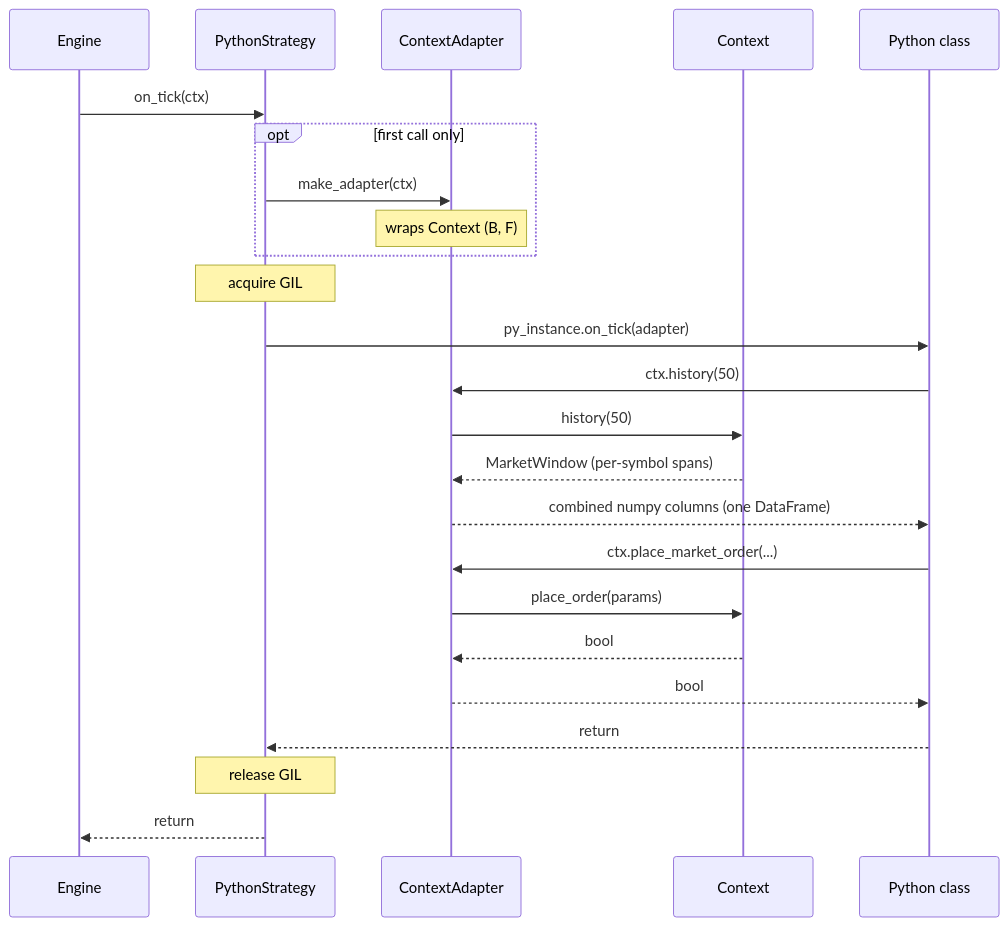
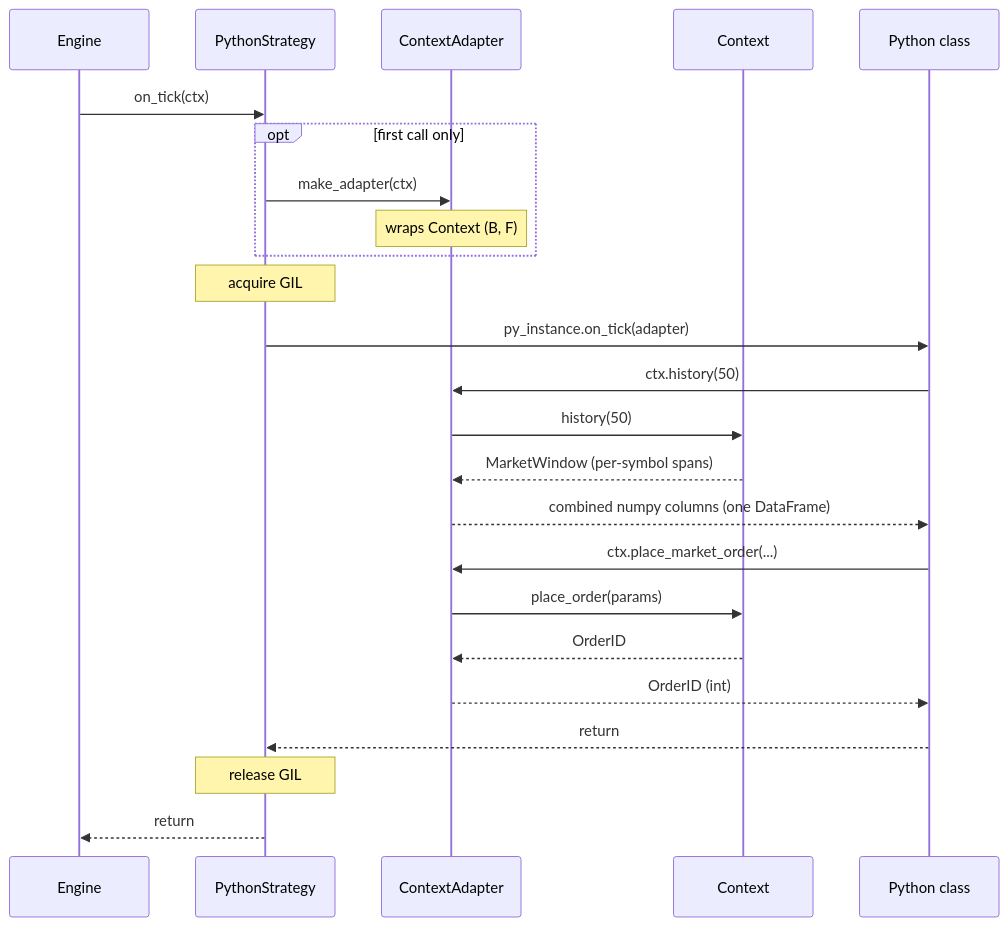
Before and after one commit to barberkman/stonks: the seventh of 7 diagrams in docs/architecture.md, drawn with Mermaid. The commit also changed other lines of this file and 7 other files, not shown here.

````diff
--- a/docs/architecture.md
+++ b/docs/architecture.md
@@ -327,27 +379,27 @@
 ```mermaid
 sequenceDiagram
     participant E as Engine
     participant PS as PythonStrategy
     participant A as ContextAdapter
     participant Ctx as Context
     participant Py as Python class
 
     E->>PS: on_tick(ctx)
     opt first call only
         PS->>A: make_adapter(ctx)
         Note over A: wraps Context (B, F)
     end
     Note over PS: acquire GIL
     PS->>Py: py_instance.on_tick(adapter)
     Py->>A: ctx.history(50)
     A->>Ctx: history(50)
     Ctx-->>A: MarketWindow (per-symbol spans)
     A-->>Py: combined numpy columns (one DataFrame)
     Py->>A: ctx.place_market_order(...)
     A->>Ctx: place_order(params)
-    Ctx-->>A: bool
-    A-->>Py: bool
+    Ctx-->>A: OrderID
+    A-->>Py: OrderID (int)
     Py-->>PS: return
     Note over PS: release GIL
     PS-->>E: return
 ```
````
